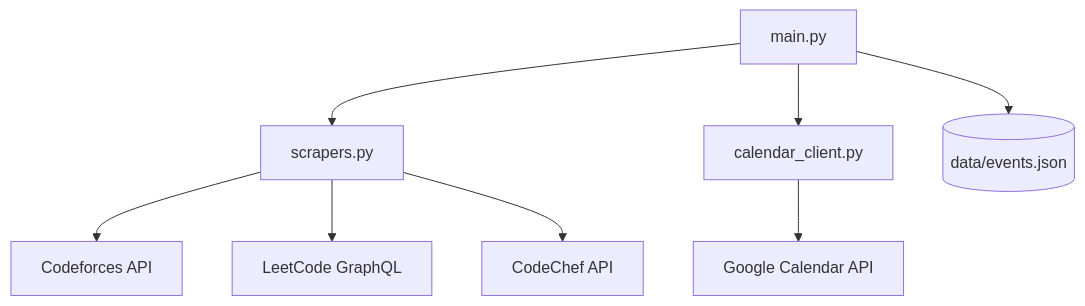
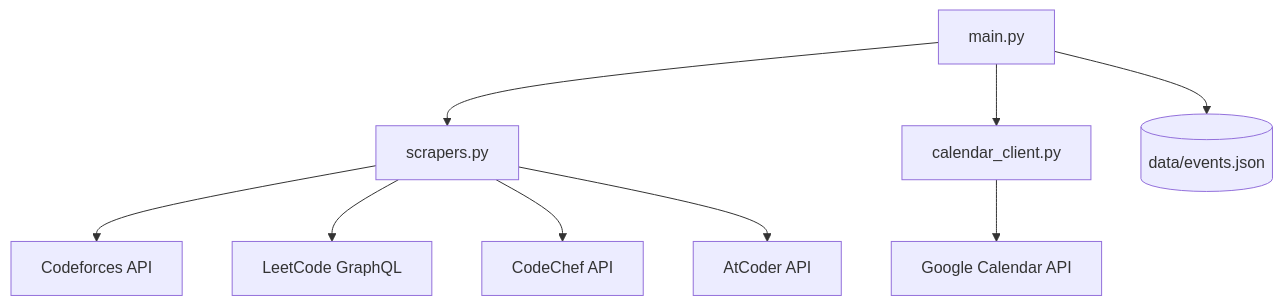
Before and after one commit to kanak227/ContestCalendar: the diagram in README.md, drawn with Mermaid. The commit also changed other lines of this file and 3 other files, not shown here.

````diff
--- a/README.md
+++ b/README.md
@@ -24,10 +24,11 @@
 ```mermaid
 graph TD
     A[main.py] --> B[scrapers.py]
     A --> C[calendar_client.py]
     B --> D[Codeforces API]
     B --> E[LeetCode GraphQL]
     B --> F[CodeChef API]
+    B --> I[AtCoder API]
     C --> G[Google Calendar API]
     A --> H[(data/events.json)]
 ```
````
